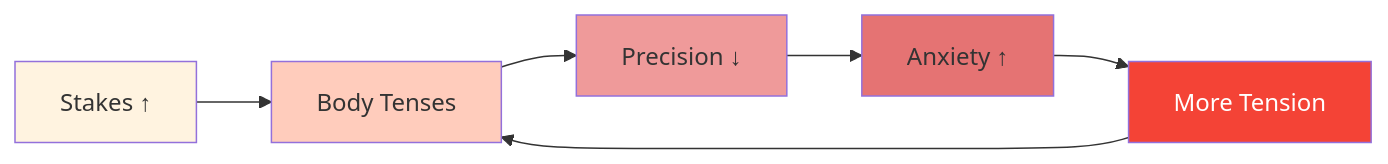
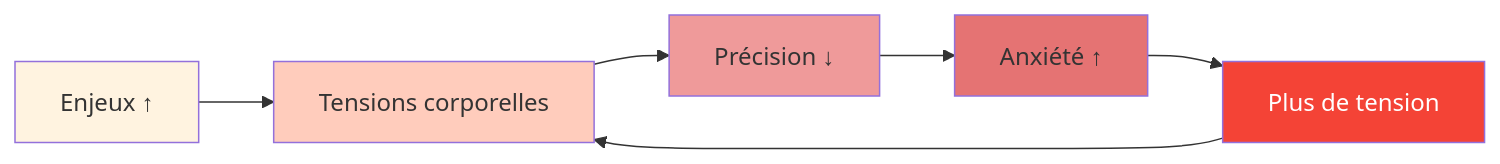
One commit to patwii/petanque-academy changed the second of 2 diagrams in docs/fr/articles/tension-precision.md. Above: the diagram before and after it, drawn with Mermaid. The commit also changed other lines of this file and 550 other files, not shown here.

````diff
--- a/docs/fr/articles/tension-precision.md
+++ b/docs/fr/articles/tension-precision.md
@@ -62,14 +62,14 @@
 ```mermaid
 flowchart LR
-    A[Stakes ↑] --> B[Body Tenses]
-    B --> C[Precision ↓]
-    C --> D[Anxiety ↑]
-    D --> E[More Tension]
+    A[Enjeux ↑] --> B[Tensions corporelles]
+    B --> C[Précision ↓]
+    C --> D[Anxiété ↑]
+    D --> E[Plus de tension]
     E --> B
 
     style A fill:#fff3e0
     style B fill:#ffccbc
     style C fill:#ef9a9a
     style D fill:#e57373
     style E fill:#f44336,color:#fff
 ```
````
